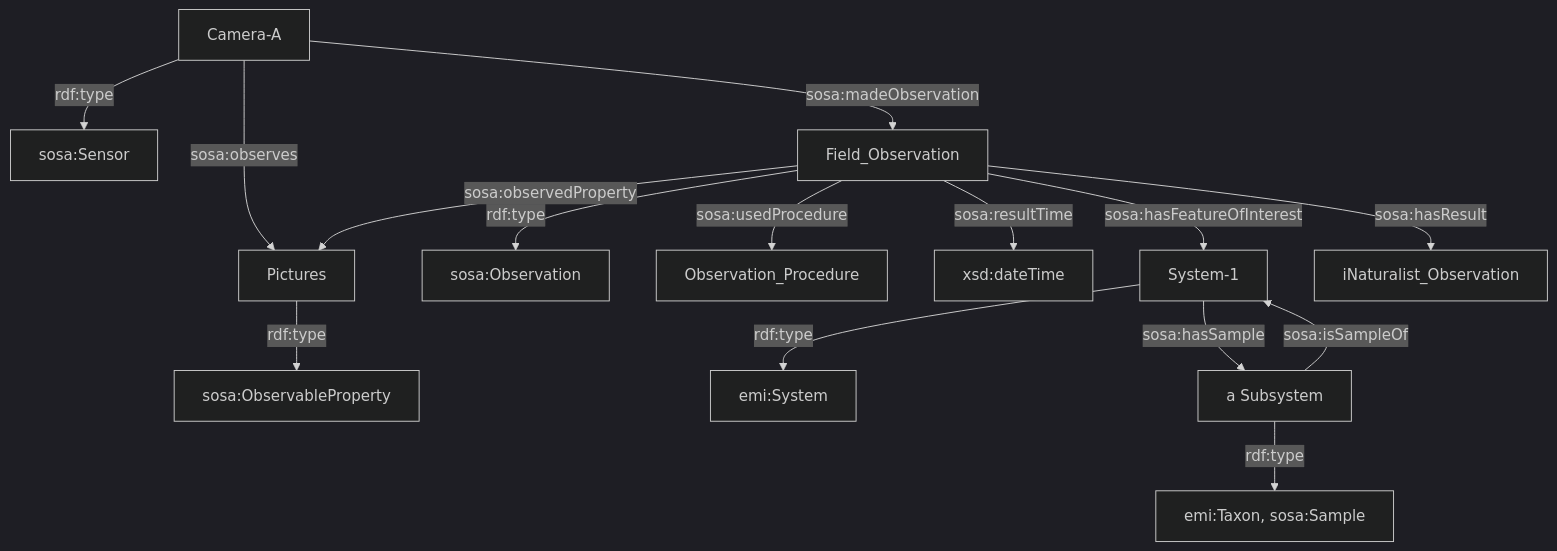
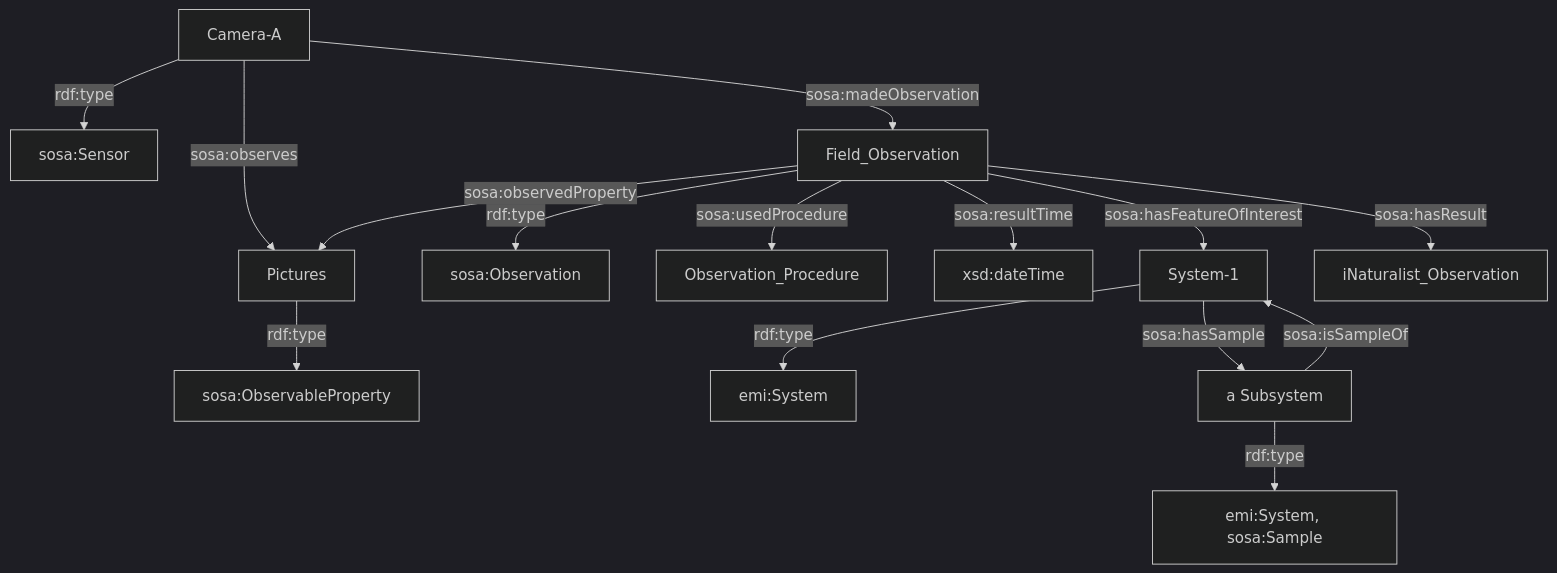
Before and after one commit to digital-botanical-gardens-initiative/earth_metabolome_ontology: the third of 7 diagrams in README.md, drawn with Mermaid (dark theme). The commit also changed other lines of this file, not shown here.

````diff
--- a/README.md
+++ b/README.md
@@ -83,19 +83,19 @@
 ```mermaid
 graph TD
 
 		Camera-A -->|rdf:type|sosa:Sensor
 		Camera-A -->|sosa:madeObservation|Field_Observation["Field_Observation"]
 		Camera-A -->|sosa:observes|Pictures["Pictures"]
     Field_Observation -->|rdf:type|sosa:Observation["sosa:Observation"]
     Field_Observation -->|sosa:observedProperty|Pictures["Pictures"]
     Pictures --> |rdf:type|sosa:Observable_property["sosa:ObservableProperty"]
     Field_Observation -->|sosa:usedProcedure|Observation_Procedure["Observation_Procedure"]
     Field_Observation -->|sosa:resultTime|xsd:dateTime
     Field_Observation -->|"sosa:hasFeatureOfInterest"|o_a["System-1"]
     Field_Observation -->|sosa:hasResult|iNaturalist_Observation["iNaturalist_Observation"]
     o_a-->|rdf:type|emi:System
     o_a-->|sosa:hasSample|org["a Subsystem"]
     org-->|sosa:isSampleOf|o_a
 
-   org-->|rdf:type|os["emi:Taxon, sosa:Sample"]
+   org-->|rdf:type|os["emi:System, sosa:Sample"]
 ```
````
